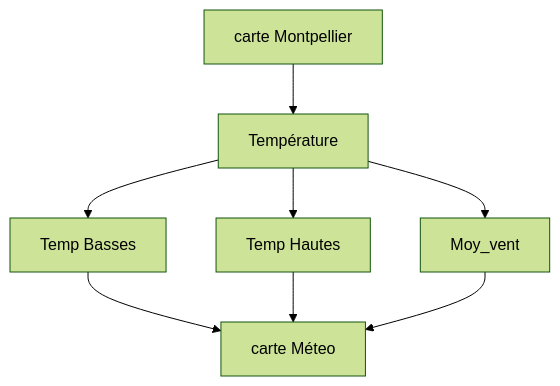
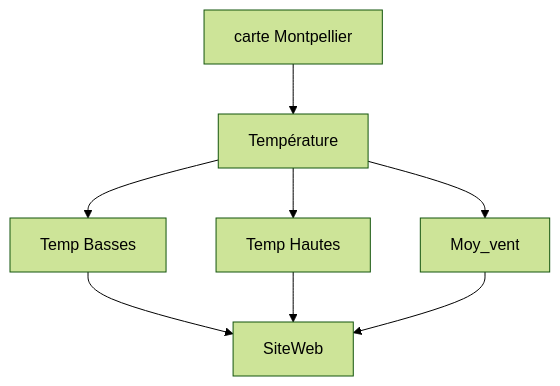
The diagram in README.md (Thiziriinfo/Montpellier_Weather), drawn with Mermaid (forest theme) before and after one commit. The commit also changed other lines of this file, not shown here.

````diff
--- a/README.md
+++ b/README.md
@@ -7,11 +7,11 @@
 ```mermaid
 flowchart TD
     A[carte Montpellier ] --> B[Température ]
     B --> D[Temp Hautes]
     B --> E[Temp Basses]
     B --> C[Moy_vent ]
 
-    E --> G[carte Méteo ]
+    E --> G[SiteWeb ]
     D --> G
     C --> G
 ```
````
